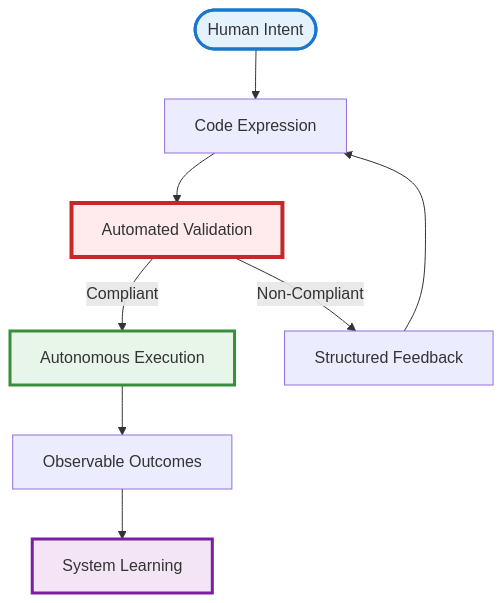
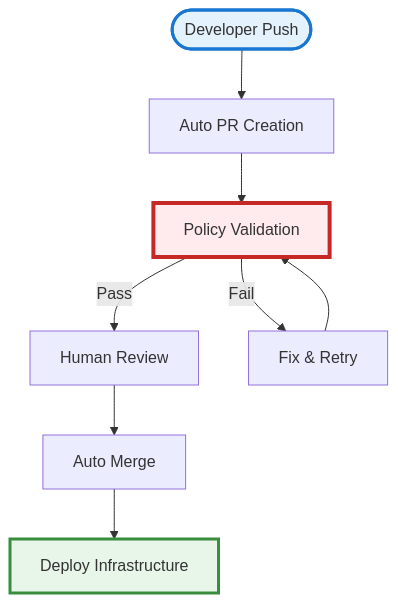
One commit to Terraform-centilazed-pipline/centerlized-pipline- changed the first of 24 diagrams in EXECUTIVE-WORKFLOW-OVERVIEW.md. Above: the diagram before and after it, drawn with Mermaid. The commit also changed other lines of this file, not shown here.

````diff
--- a/EXECUTIVE-WORKFLOW-OVERVIEW.md
+++ b/EXECUTIVE-WORKFLOW-OVERVIEW.md
@@ -17,15 +17,14 @@
 ```mermaid
 graph TB
-    START([Human Intent]) --> TRANSLATE[Code Expression]
-    TRANSLATE --> VALIDATE[Automated Validation]
-    VALIDATE -->|Compliant| EXECUTE[Autonomous Execution]
-    VALIDATE -->|Non-Compliant| FEEDBACK[Structured Feedback]
-    FEEDBACK --> TRANSLATE
-    EXECUTE --> OBSERVE[Observable Outcomes]
-    OBSERVE --> LEARN[System Learning]
+    START([Developer Push]) --> PR[Auto PR Creation]
+    PR --> VALIDATE[Policy Validation]
+    VALIDATE -->|Pass| REVIEW[Human Review]
+    VALIDATE -->|Fail| FIX[Fix & Retry]
+    FIX --> VALIDATE
+    REVIEW --> MERGE[Auto Merge]
+    MERGE --> DEPLOY[Deploy Infrastructure]
     
     style START fill:#e3f2fd,stroke:#1976d2,stroke-width:3px
     style VALIDATE fill:#ffebee,stroke:#c62828,stroke-width:4px
-    style EXECUTE fill:#e8f5e9,stroke:#388e3c,stroke-width:3px
-    style LEARN fill:#f3e5f5,stroke:#7b1fa2,stroke-width:3px
+    style DEPLOY fill:#e8f5e9,stroke:#388e3c,stroke-width:3px
 ```
````
